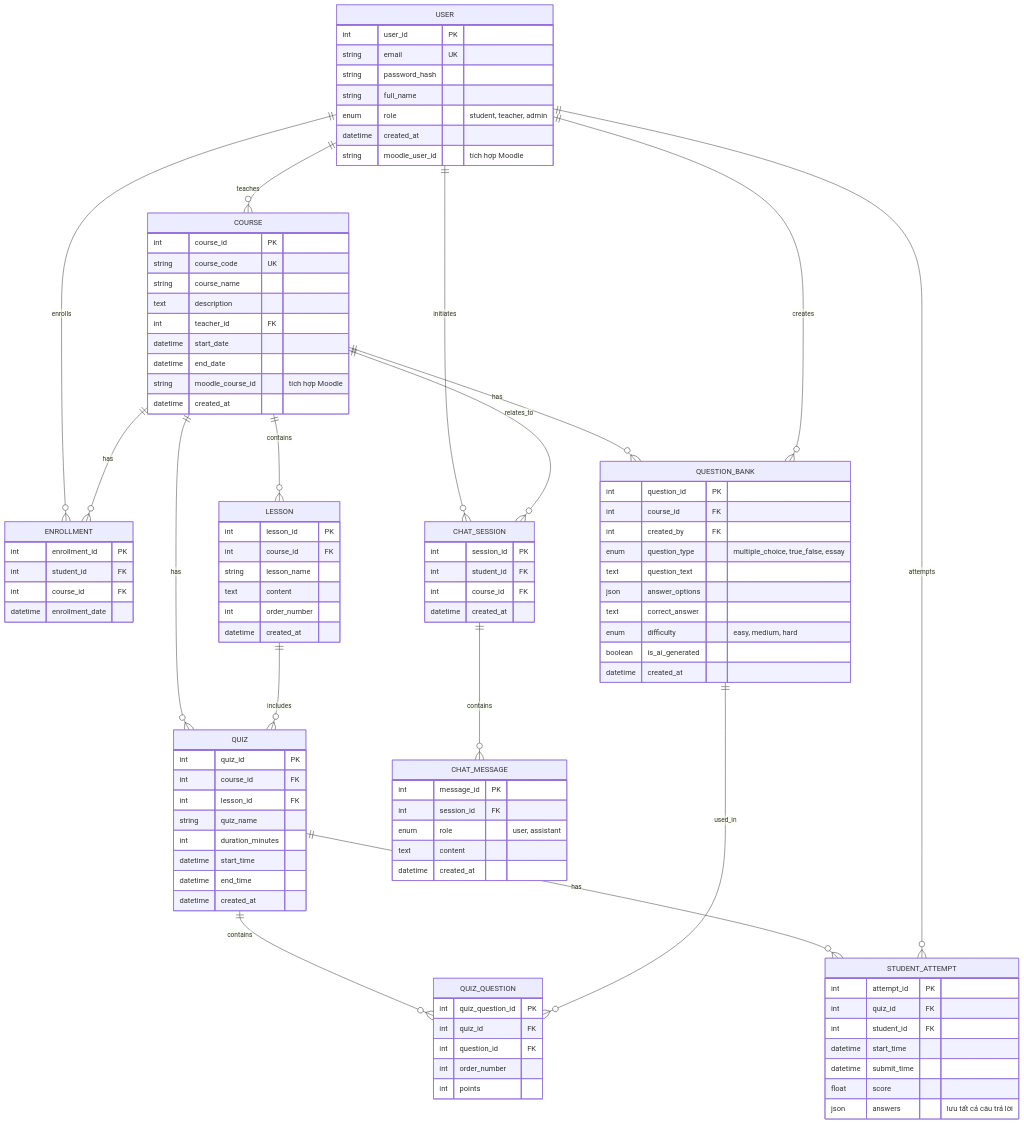
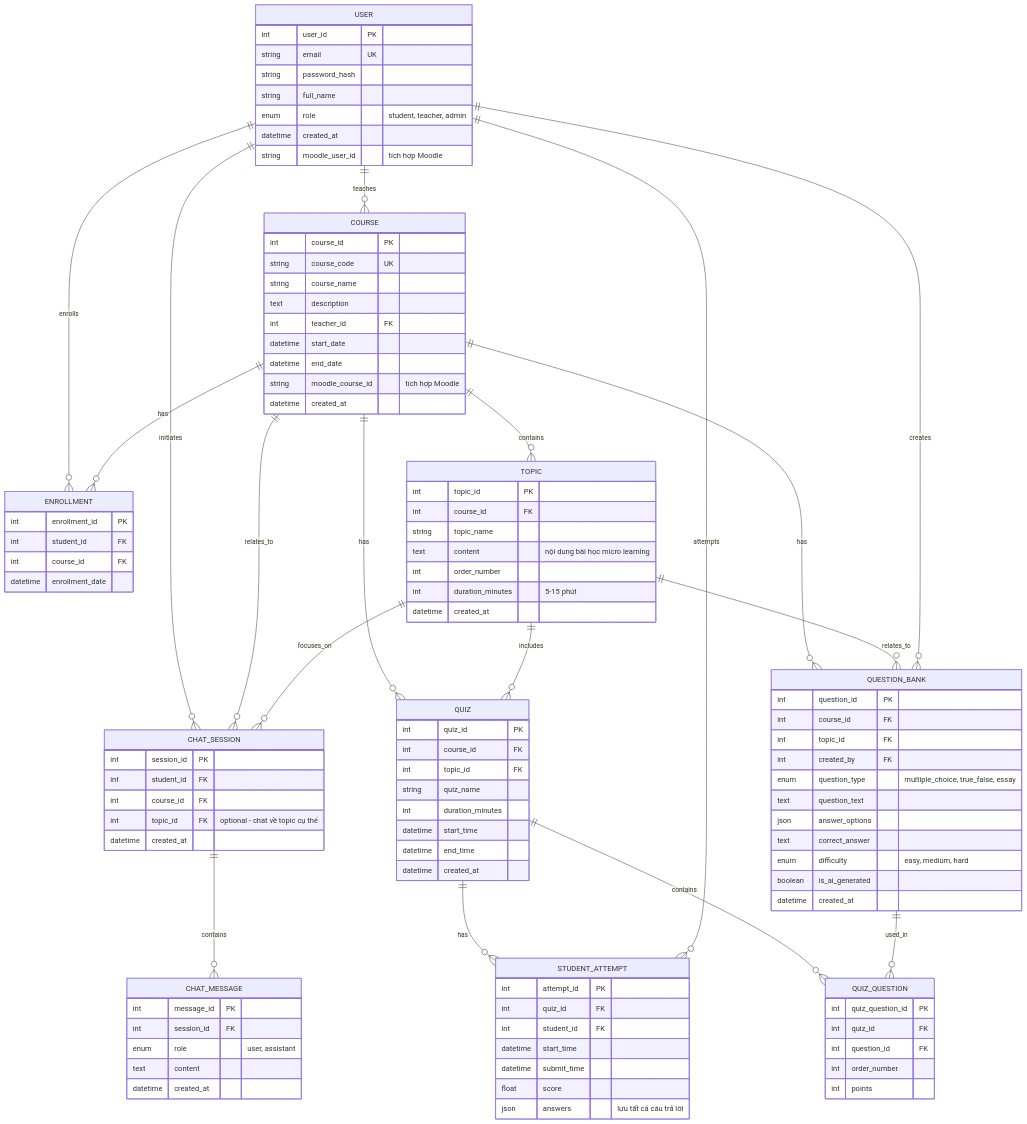
One commit to linhhoangnhat02062004/DACN_LMS_MOODLE changed the diagram in LMS_AI_ERD.md. Above: the diagram before and after it, drawn with Mermaid. The commit also changed other lines of this file, not shown here.

````diff
--- a/LMS_AI_ERD.md
+++ b/LMS_AI_ERD.md
@@ -33,12 +34,13 @@
         datetime enrollment_date
     }
 
-    LESSON {
-        int lesson_id PK
+    TOPIC {
+        int topic_id PK
         int course_id FK
-        string lesson_name
-        text content
+        string topic_name
+        text content "nội dung bài học micro learning"
         int order_number
+        int duration_minutes "5-15 phút"
         datetime created_at
     }
 
@@ -46,6 +48,7 @@
     QUESTION_BANK {
         int question_id PK
         int course_id FK
+        int topic_id FK
         int created_by FK
         enum question_type "multiple_choice, true_false, essay"
         text question_text
@@ -59,7 +62,7 @@
     QUIZ {
         int quiz_id PK
         int course_id FK
-        int lesson_id FK
+        int topic_id FK
         string quiz_name
         int duration_minutes
         datetime start_time
@@ -90,6 +93,7 @@
         int session_id PK
         int student_id FK
         int course_id FK
+        int topic_id FK "optional - chat về topic cụ thể"
         datetime created_at
     }
 
@@ -105,12 +109,13 @@
     USER ||--o{ COURSE : "teaches"
     USER ||--o{ ENROLLMENT : "enrolls"
     COURSE ||--o{ ENROLLMENT : "has"
-    COURSE ||--o{ LESSON : "contains"
+    COURSE ||--o{ TOPIC : "contains"
     
     %% Relationships - Quiz
     COURSE ||--o{ QUESTION_BANK : "has"
+    TOPIC ||--o{ QUESTION_BANK : "relates_to"
     COURSE ||--o{ QUIZ : "has"
-    LESSON ||--o{ QUIZ : "includes"
+    TOPIC ||--o{ QUIZ : "includes"
     USER ||--o{ QUESTION_BANK : "creates"
     
     QUIZ ||--o{ QUIZ_QUESTION : "contains"
@@ -121,5 +126,6 @@
     %% Relationships - AI Chat
     USER ||--o{ CHAT_SESSION : "initiates"
     COURSE ||--o{ CHAT_SESSION : "relates_to"
+    TOPIC ||--o{ CHAT_SESSION : "focuses_on"
     CHAT_SESSION ||--o{ CHAT_MESSAGE : "contains"
 ```
````
